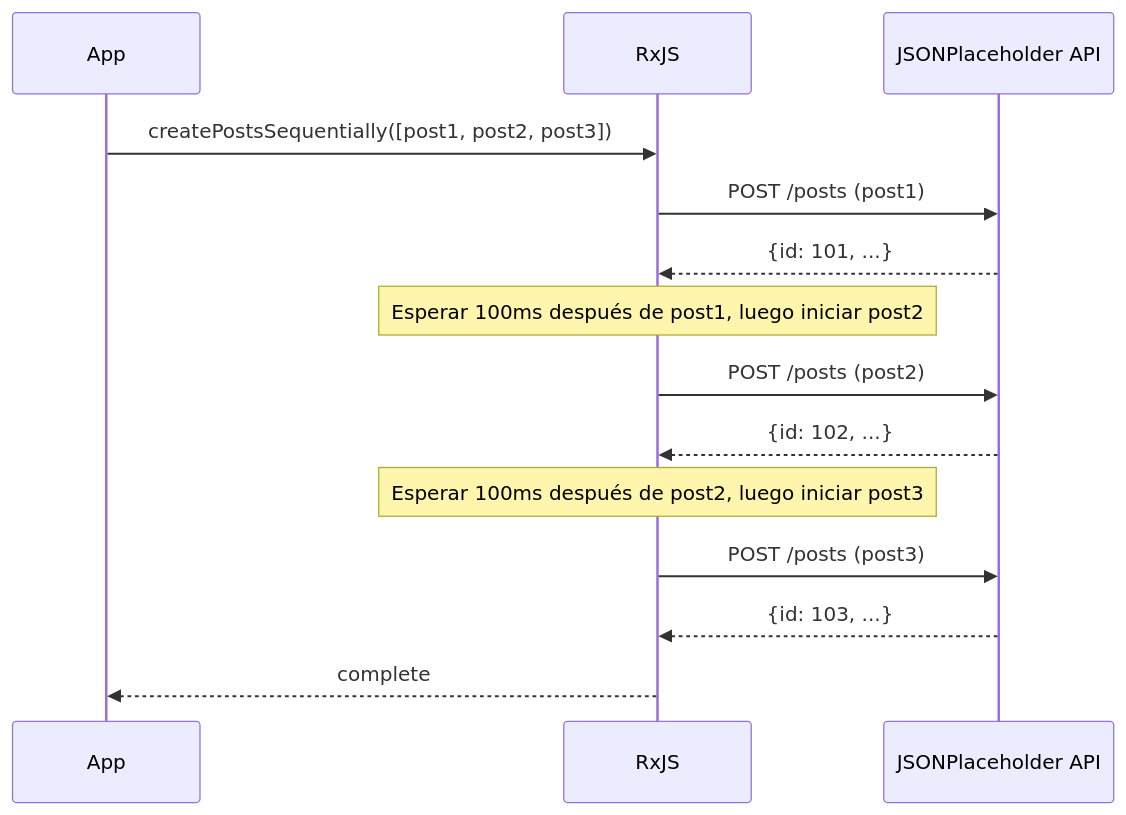
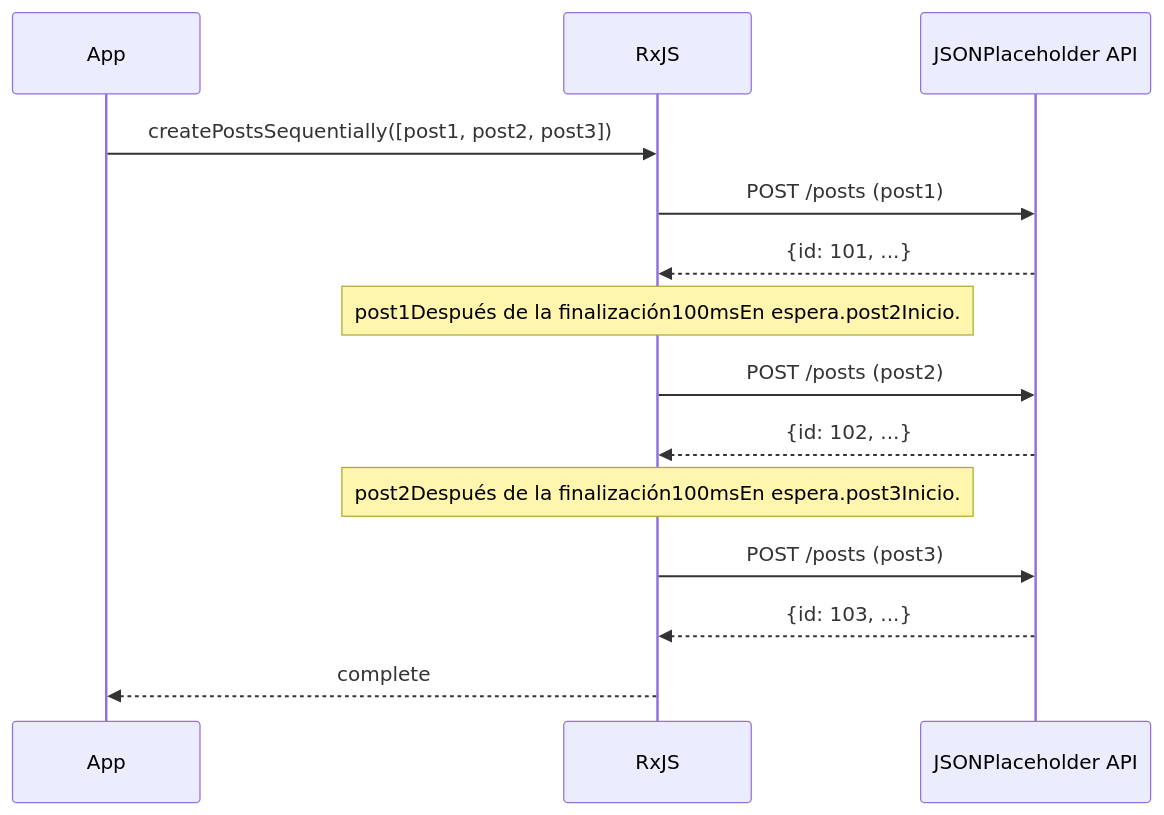
Before and after one commit to shuji-bonji/RxJS-with-TypeScript: the second of 2 diagrams in docs/es/guide/practical-patterns/api-calls.md, drawn with Mermaid. The commit also changed other lines of this file and 61 other files, not shown here.

````diff
--- a/docs/es/guide/practical-patterns/api-calls.md
+++ b/docs/es/guide/practical-patterns/api-calls.md
@@ -425,21 +589,21 @@
 ```mermaid
 sequenceDiagram
     participant App
     participant RxJS
     participant API as JSONPlaceholder API
 
     App->>RxJS: createPostsSequentially([post1, post2, post3])
 
     RxJS->>API: POST /posts (post1)
     API-->>RxJS: {id: 101, ...}
-    Note over RxJS: Esperar 100ms después de post1, luego iniciar post2
+    Note over RxJS: post1Después de la finalización100msEn espera.post2Inicio.
 
     RxJS->>API: POST /posts (post2)
     API-->>RxJS: {id: 102, ...}
-    Note over RxJS: Esperar 100ms después de post2, luego iniciar post3
+    Note over RxJS: post2Después de la finalización100msEn espera.post3Inicio.
 
     RxJS->>API: POST /posts (post3)
     API-->>RxJS: {id: 103, ...}
 
     RxJS-->>App: complete
 ```
````
